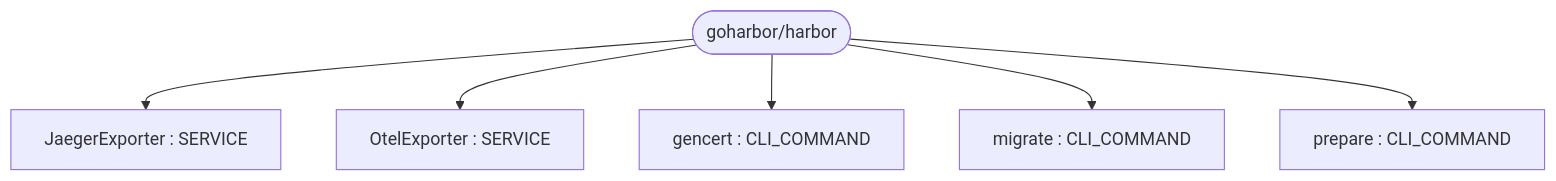
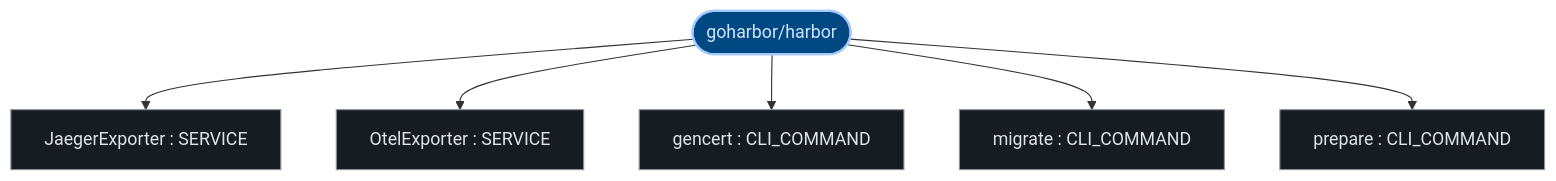
Before and after one commit to kumarshaz/atruss-code-atlas: the first of 3 diagrams in exports/latest/reports/goharbor-harbor-report.md, drawn with Mermaid. The commit also changed other lines of this file and 331 other files, not shown here.

Commit message:
docs,ui,fix: update SDLC docs, reorder CI/CD DAG first, stylize Mermaid, and fix Arc42 pipeline topology

````diff
--- a/exports/latest/reports/goharbor-harbor-report.md
+++ b/exports/latest/reports/goharbor-harbor-report.md
@@ -42,14 +42,21 @@
 ```mermaid
 graph TD;
-    JaegerExporter["JaegerExporter : SERVICE"]
-    OtelExporter["OtelExporter : SERVICE"]
-    gencert["gencert : CLI_COMMAND"]
-    migrate["migrate : CLI_COMMAND"]
-    prepare["prepare : CLI_COMMAND"]
-    repo_root(["goharbor/harbor"])
+  classDef atlasRoot fill:#004882,stroke:#a3c9ff,stroke-width:2px,color:#d3e4ff
+  classDef atlasCategory fill:#212428,stroke:#E87A48,stroke-width:1.5px,color:#dfe3eb
+  classDef atlasWorkflow fill:#1b2026,stroke:#a3c9ff,stroke-width:1.5px,color:#dfe3eb
+  classDef atlasJob fill:#171c22,stroke:#8d9199,stroke-width:1px,color:#dfe3eb
+  classDef atlasTarget fill:#005227,stroke:#8bd99b,stroke-width:1.5px,color:#a7f6b6
+  classDef atlasAlert fill:#93000a,stroke:#ffb4ab,stroke-width:1.5px,color:#ffdad6
+  classDef atlasMore fill:#252a31,stroke:#8d9199,stroke-dasharray:4 4,color:#c3c6cf
+    JaegerExporter["JaegerExporter : SERVICE"]:::atlasJob
+    OtelExporter["OtelExporter : SERVICE"]:::atlasJob
+    gencert["gencert : CLI_COMMAND"]:::atlasJob
+    migrate["migrate : CLI_COMMAND"]:::atlasJob
+    prepare["prepare : CLI_COMMAND"]:::atlasJob
+    repo_root(["goharbor/harbor"]):::atlasRoot
     repo_root --> JaegerExporter
     repo_root --> OtelExporter
     repo_root --> gencert
     repo_root --> migrate
     repo_root --> prepare
 ```
````
